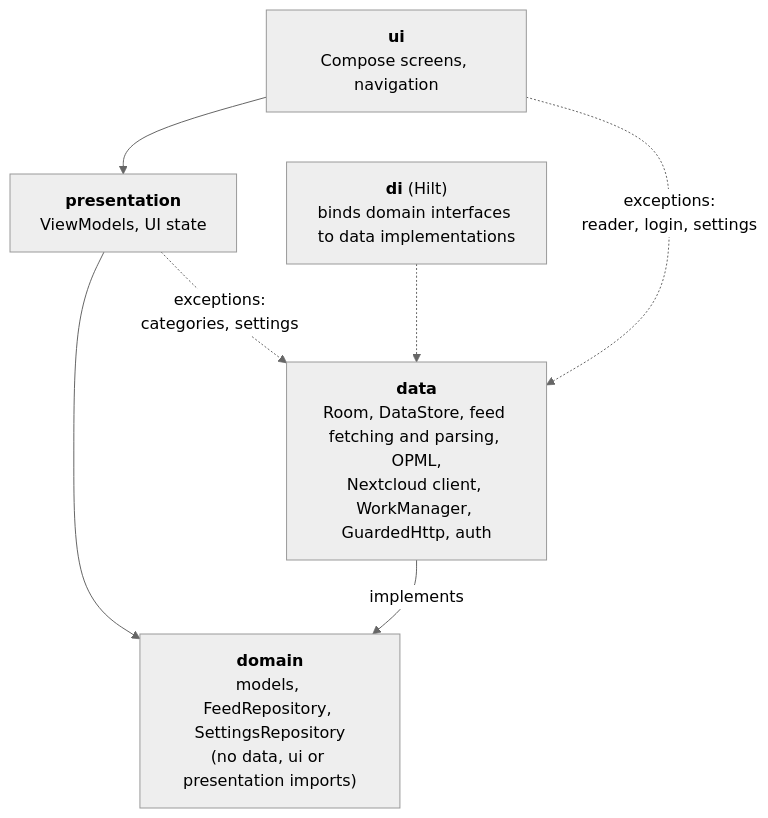
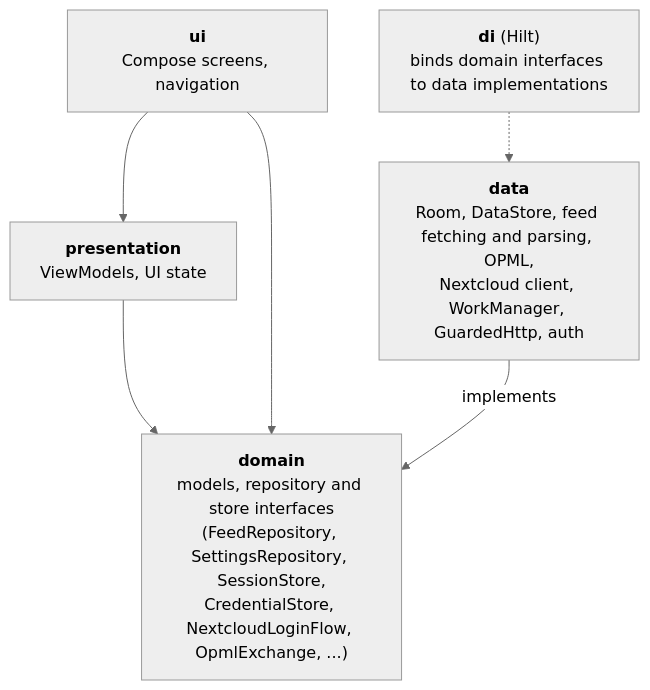
One commit to DougieWougie/forage changed the diagram in docs/diagrams/layers.mmd. Above: the diagram before and after it, drawn with Mermaid (neutral theme). The commit also changed 4 other files, not shown here.

Commit message:
Update architecture docs for the cleaned-up layering

```diff
--- a/docs/diagrams/layers.mmd
+++ b/docs/diagrams/layers.mmd
@@ -1,13 +1,12 @@
 flowchart TB
     ui["<b>ui</b><br/>Compose screens, navigation"]
     presentation["<b>presentation</b><br/>ViewModels, UI state"]
-    domain["<b>domain</b><br/>models, FeedRepository, SettingsRepository<br/>(no data, ui or presentation imports)"]
+    domain["<b>domain</b><br/>models, repository and store interfaces<br/>(FeedRepository, SettingsRepository, SessionStore,<br/>CredentialStore, NextcloudLoginFlow, OpmlExchange, ...)"]
     data["<b>data</b><br/>Room, DataStore, feed fetching and parsing, OPML,<br/>Nextcloud client, WorkManager, GuardedHttp, auth"]
     di["<b>di</b> (Hilt)<br/>binds domain interfaces to data implementations"]
 
     ui --> presentation
     presentation --> domain
+    ui --> domain
     data -- implements --> domain
     di -.-> data
-    ui -. "exceptions:<br/>reader, login, settings" .-> data
-    presentation -. "exceptions:<br/>categories, settings" .-> data
```
